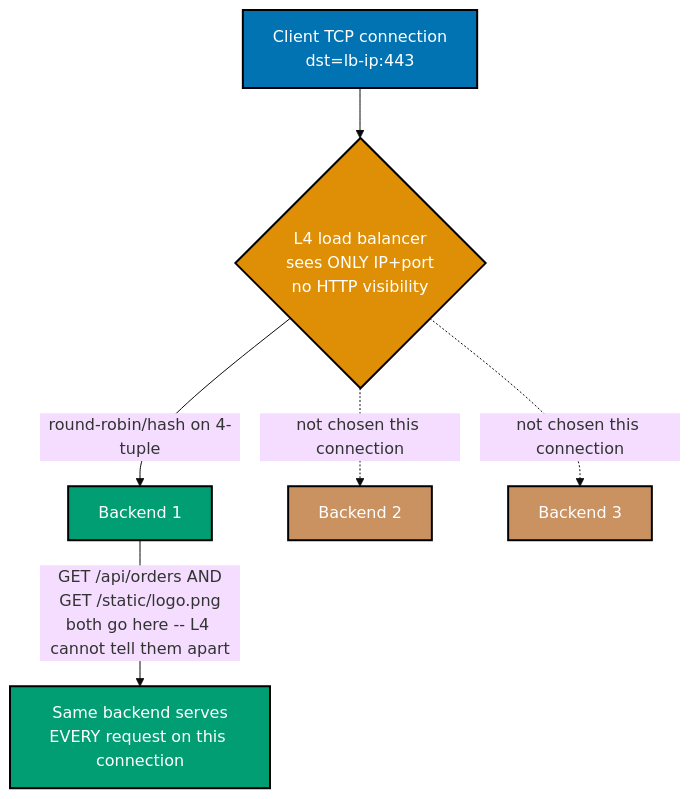
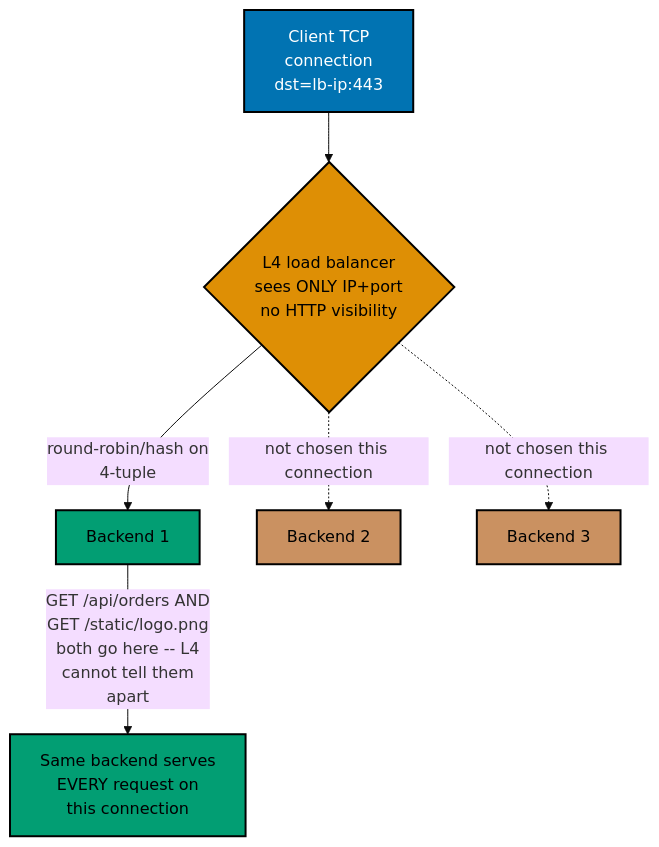
Before and after one commit to wahidyankf/ose-public: the fifth of 9 diagrams in apps/ayokoding-www/content/en/learn/courses/advanced-networking/learning/advanced.md, drawn with Mermaid (base theme). The commit also changed other lines of this file and 144 other files, not shown here.

First line of the commit message:
fix(mermaid): bring the first half of the courses diagrams onto the accessible palette

````diff
--- a/apps/ayokoding-www/content/en/learn/courses/advanced-networking/learning/advanced.md
+++ b/apps/ayokoding-www/content/en/learn/courses/advanced-networking/learning/advanced.md
@@ -571,14 +581,17 @@
 ```mermaid
 %% Color Palette: Blue #0173B2, Orange #DE8F05, Teal #029E73, Brown #CA9161
 graph TD
-    C["Client TCP connection<br/>dst=lb-ip:443"]:::blue --> LB{"L4 load balancer<br/>sees ONLY IP+port<br/>no HTTP visibility"}:::orange
-    LB -->|round-robin/hash on 4-tuple| B1["Backend 1"]:::teal
+    accTitle: Example 45: L4 Load Balancing -- Routing by IP/Port, No Content Visibility
+    accDescr: Graph with 4 nodes and 3 connections. Nodes: Client TCP connection dst=lb-ip:443, L4 load balancer sees ONLY IP+port no HTTP visibility, Backend 1, Same backend serves EVERY request on this connection. Connections: Client TCP connection dst=lb-ip:443 to L4 load balancer sees ONLY IP+port no HTTP visibility, L4 load balancer sees ONLY IP+port no HTTP visibility to Backend 1 (round-robin/hash on 4-tuple), Backend 1 to Same backend serves EVERY request on this connection (GET /api/orders AND GET /static/logo.png both go here -- L4 cannot tell them apart).
+    C["Client TCP<br/>connection<br/>dst=lb-ip:443"]:::blue --> LB{"L4 load balancer<br/>sees ONLY IP+port<br/>no HTTP visibility"}:::orange
+    LB -->|round-robin/hash on<br/>4-tuple| B1["Backend 1"]:::teal
     LB -.not chosen this connection.-> B2["Backend 2"]:::brown
     LB -.not chosen this connection.-> B3["Backend 3"]:::brown
-    B1 -->|"GET /api/orders AND\nGET /static/logo.png\nboth go here -- L4 cannot tell them apart"| B1NOTE["Same backend serves\nEVERY request on this connection"]:::teal
+    B1 -->|"GET /api/orders AND<br/>GET /static/logo.png<br/>both go here -- L4<br/>cannot tell them<br/>apart"| B1NOTE["Same backend serves<br/>EVERY request on<br/>this connection"]:::teal
 
     classDef blue fill:#0173B2,stroke:#000000,color:#FFFFFF,stroke-width:2px
-    classDef orange fill:#DE8F05,stroke:#000000,color:#FFFFFF,stroke-width:2px
-    classDef teal fill:#029E73,stroke:#000000,color:#FFFFFF,stroke-width:2px
-    classDef brown fill:#CA9161,stroke:#000000,color:#FFFFFF,stroke-width:2px
+    classDef orange fill:#DE8F05,stroke:#000000,color:#000000,stroke-width:2px
+    classDef teal fill:#029E73,stroke:#000000,color:#000000,stroke-width:2px
+    classDef brown fill:#CA9161,stroke:#000000,color:#000000,stroke-width:2px
+    classDef default fill:#FFFFFF,stroke:#000000,color:#000000
 ```
````
